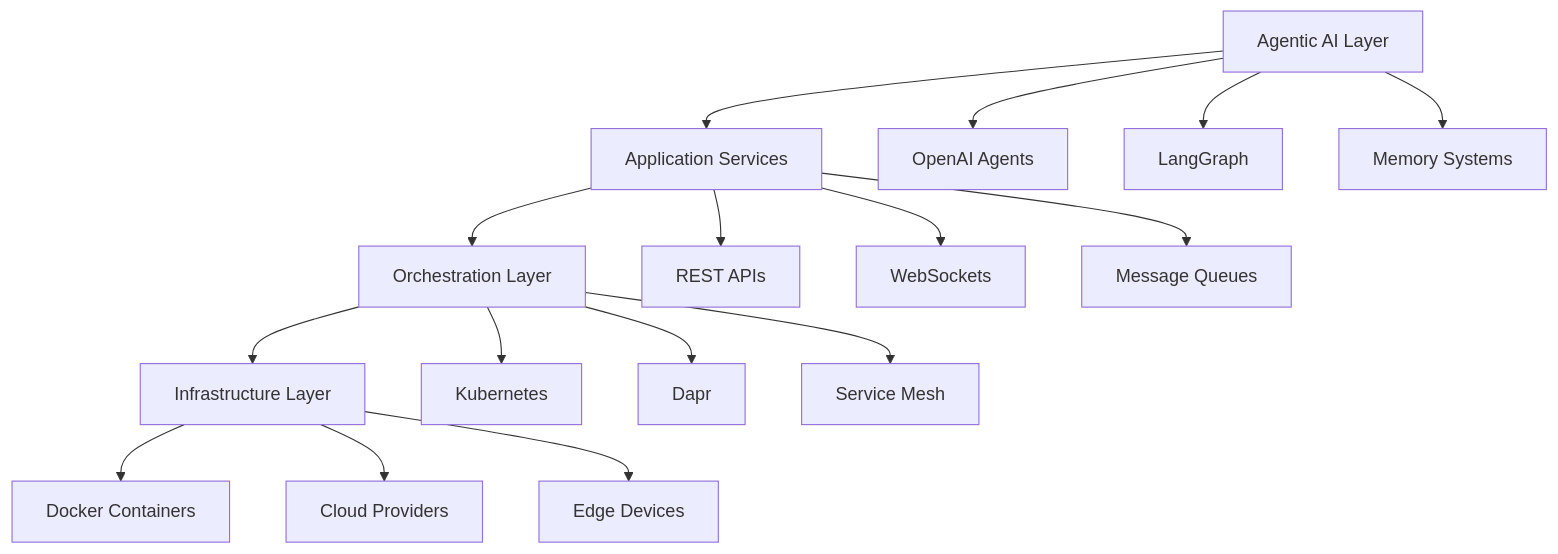
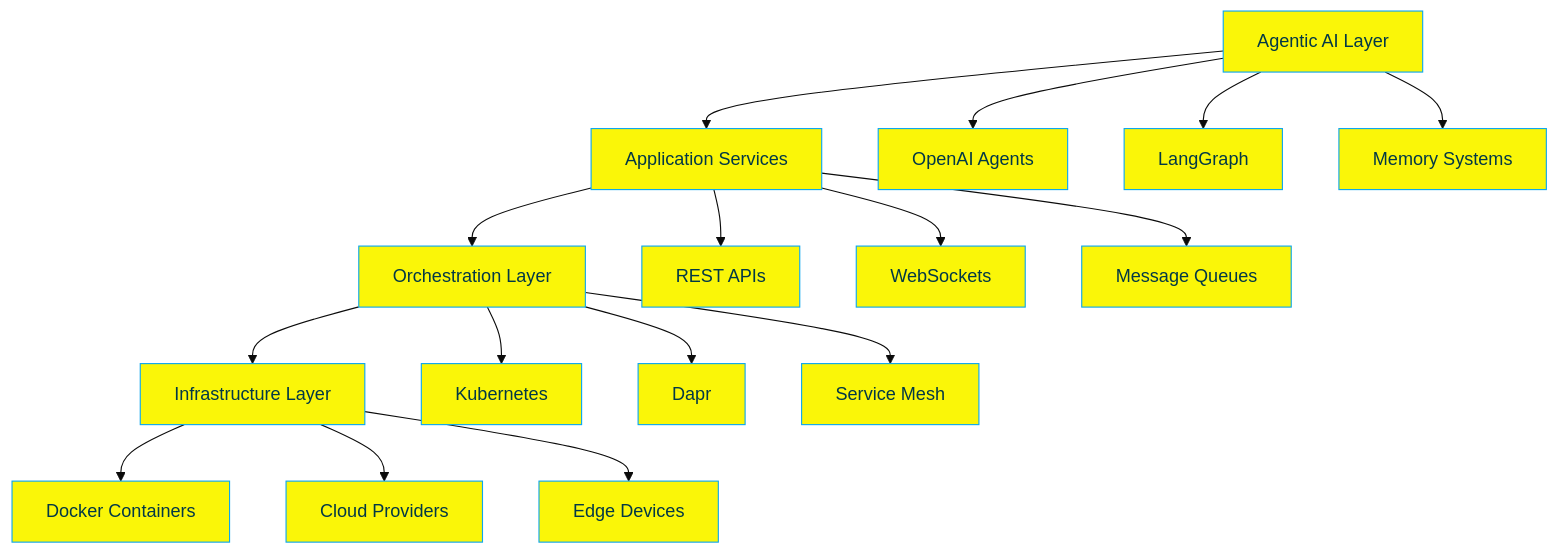
One commit to Ahmed-KHI/Ahmed-KHI changed the second of 2 diagrams in README.md. Above: the diagram before and after it, drawn with Mermaid. The commit also changed other lines of this file, not shown here.

````diff
--- a/README.md
+++ b/README.md
@@ -189,22 +191,23 @@
 ```mermaid
+%%{init: {'theme':'base', 'themeVariables': {'primaryColor': '#faf608ff', 'primaryTextColor': '#023846ff', 'primaryBorderColor': '#0da7eeff'}}}%%
 graph TB
     A[Agentic AI Layer] --> B[Application Services]
     B --> C[Orchestration Layer]
     C --> D[Infrastructure Layer]
     
     A --> A1[OpenAI Agents]
     A --> A2[LangGraph]
     A --> A3[Memory Systems]
     
     B --> B1[REST APIs]
     B --> B2[WebSockets]
     B --> B3[Message Queues]
     
     C --> C1[Kubernetes]
     C --> C2[Dapr]
     C --> C3[Service Mesh]
     
     D --> D1[Docker Containers]
     D --> D2[Cloud Providers]
     D --> D3[Edge Devices]
 ```
````
